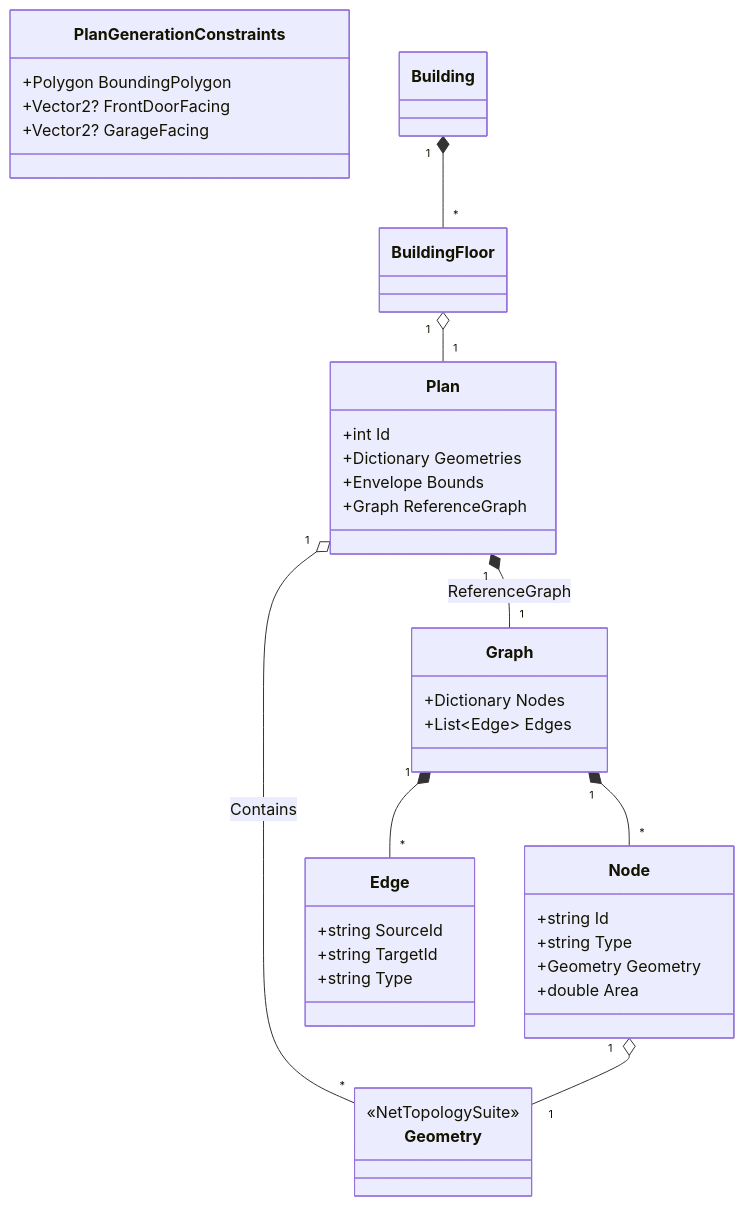
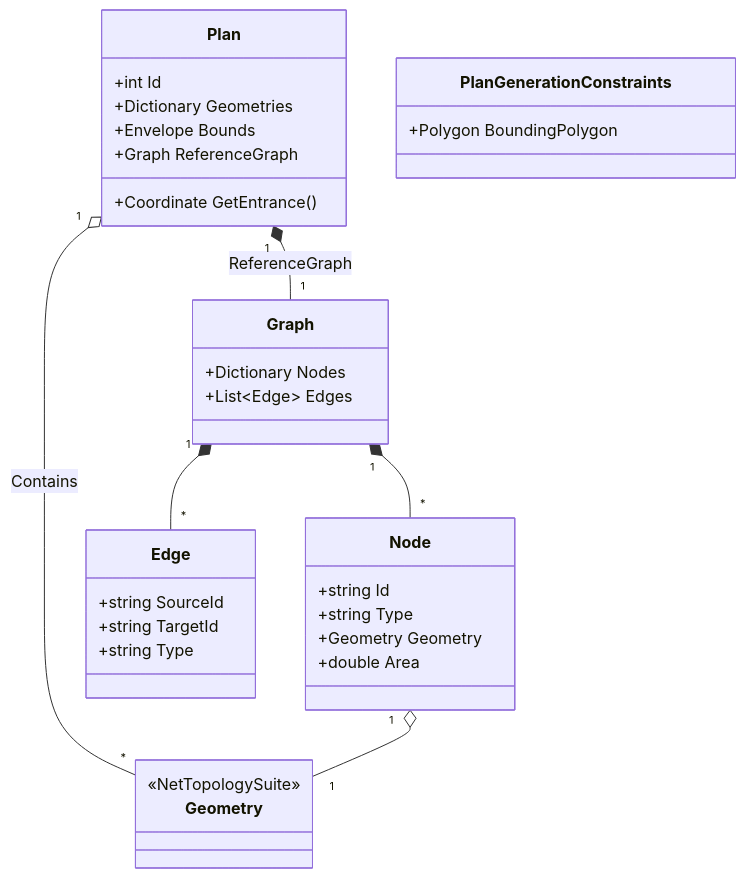
The third of 3 diagrams in DOCUMENTATION.md (Xyrces/resPlan.NET), drawn with Mermaid before and after one commit. The commit also changed other lines of this file and 4 other files, not shown here.

````diff
--- a/DOCUMENTATION.md
+++ b/DOCUMENTATION.md
@@ -82,45 +80,42 @@
 ```mermaid
 classDiagram
     class Plan {
         +int Id
         +Dictionary Geometries
         +Envelope Bounds
         +Graph ReferenceGraph
+        +Coordinate GetEntrance()
     }
 
     class PlanGenerationConstraints {
         +Polygon BoundingPolygon
-        +Vector2? FrontDoorFacing
-        +Vector2? GarageFacing
     }
 
     class Graph {
         +Dictionary Nodes
         +List~Edge~ Edges
     }
 
     class Node {
         +string Id
         +string Type
         +Geometry Geometry
         +double Area
     }
 
     class Edge {
         +string SourceId
         +string TargetId
         +string Type
     }
 
     class Geometry {
         <<NetTopologySuite>>
     }
 
     Plan "1" *-- "1" Graph : ReferenceGraph
     Plan "1" o-- "*" Geometry : Contains
     Graph "1" *-- "*" Node
     Graph "1" *-- "*" Edge
     Node "1" o-- "1" Geometry
-    Building "1" *-- "*" BuildingFloor
-    BuildingFloor "1" o-- "1" Plan
 ```
````
